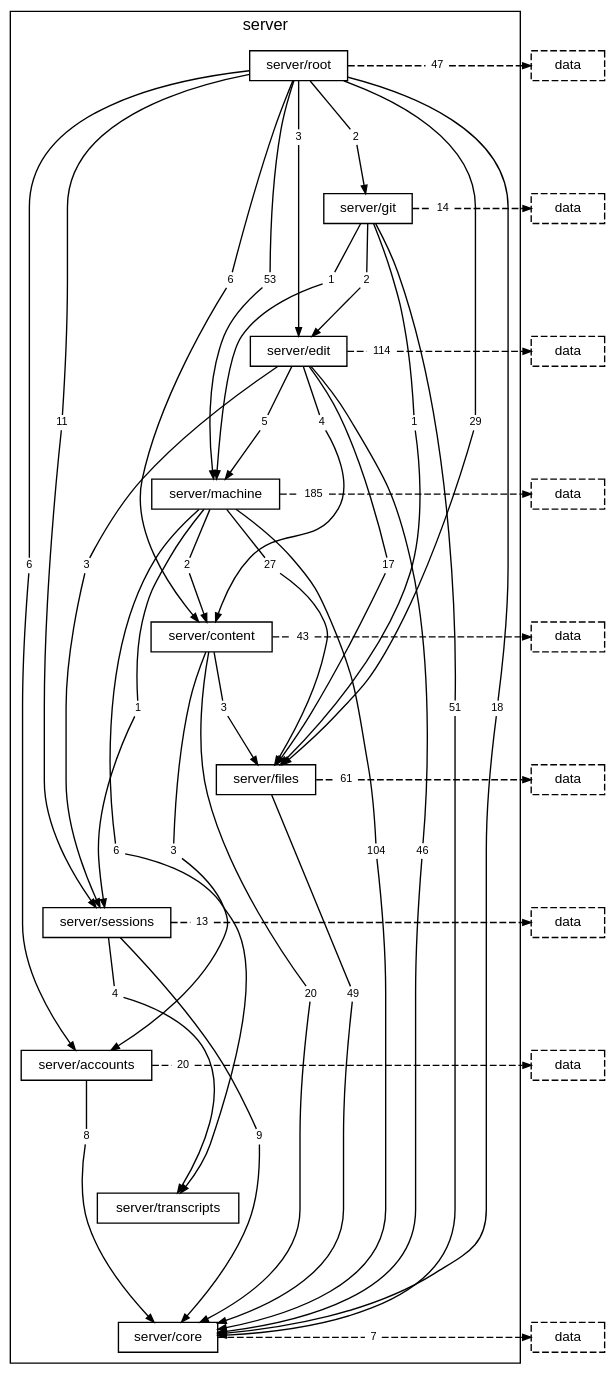
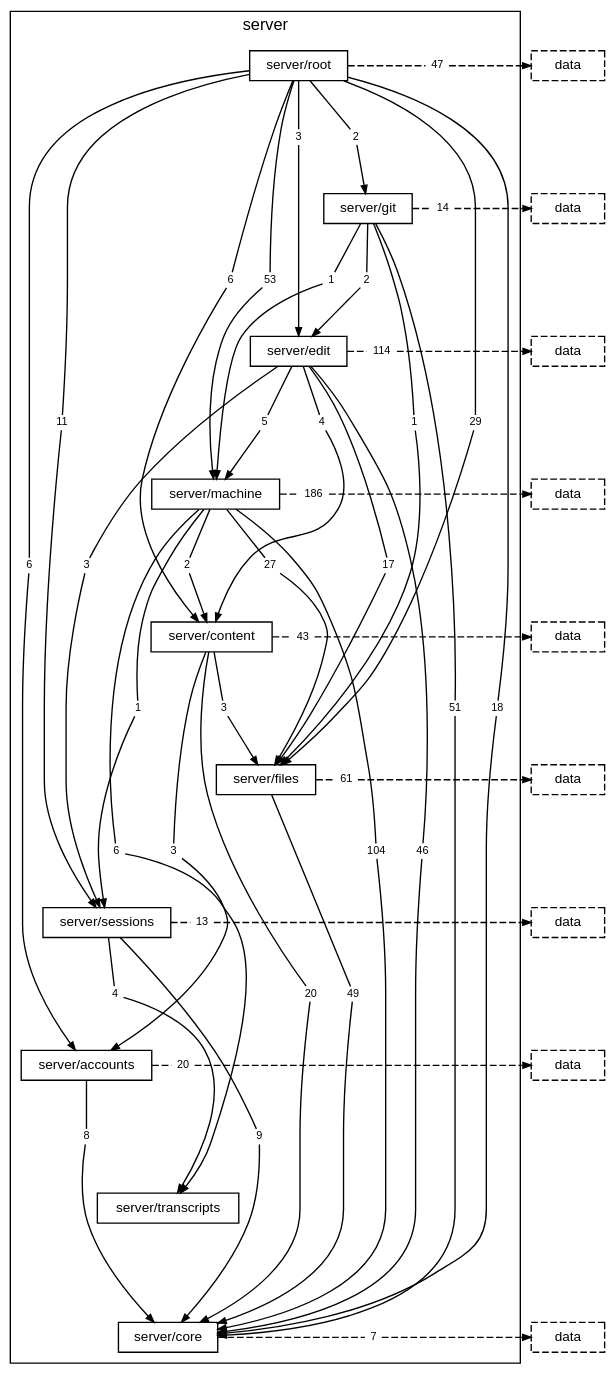
One commit to TheAxeC/oculus changed the diagram in docs/diagrams/layer-server.dot. Above: the diagram before and after it, drawn with Graphviz. The commit also changed 37 other files, not shown here.

```diff
--- a/docs/diagrams/layer-server.dot
+++ b/docs/diagrams/layer-server.dot
@@ -39,7 +39,7 @@
         "folder server/machine to folder server/files" [label="27", shape=box, color="transparent", fontsize=8, width=0, height=0, margin="0.04,0.02"];
         "folder server/machine to folder server/sessions" [label="1", shape=box, color="transparent", fontsize=8, width=0, height=0, margin="0.04,0.02"];
         "folder server/machine to folder server/transcripts" [label="6", shape=box, color="transparent", fontsize=8, width=0, height=0, margin="0.04,0.02"];
-        "folder server/machine to layer data" [label="185", shape=box, color="transparent", fontsize=8, width=0, height=0, margin="0.04,0.02"];
+        "folder server/machine to layer data" [label="186", shape=box, color="transparent", fontsize=8, width=0, height=0, margin="0.04,0.02"];
         "folder server/content to folder server/accounts" [label="3", shape=box, color="transparent", fontsize=8, width=0, height=0, margin="0.04,0.02"];
         "folder server/content to folder server/core" [label="20", shape=box, color="transparent", fontsize=8, width=0, height=0, margin="0.04,0.02"];
         "folder server/content to folder server/files" [label="3", shape=box, color="transparent", fontsize=8, width=0, height=0, margin="0.04,0.02"];
```
